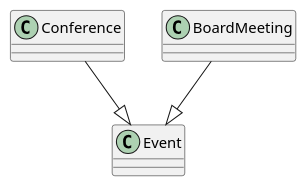
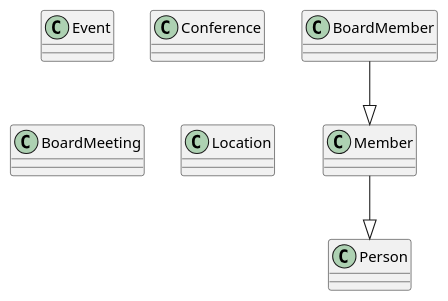
Before and after one commit to erentitan4512/UMLclases_CarlosArroyoGalan: the diagram in src/Test.puml, drawn with PlantUML.

Commit message:
second commit

```diff
--- a/src/Test.puml
+++ b/src/Test.puml
@@ -1,14 +1,20 @@
 @startuml
 
 class Event{
 }
-
 class Conference{
 }
-
 class BoardMeeting{
 }
+class Member{
+}
+class BoardMember{
+}
+class Location{
+}
+class Person{
+}
 
-Conference --^ Event
-BoardMeeting --^ Event
+BoardMember --^Member
+Member --^ Person
 @enduml
```
